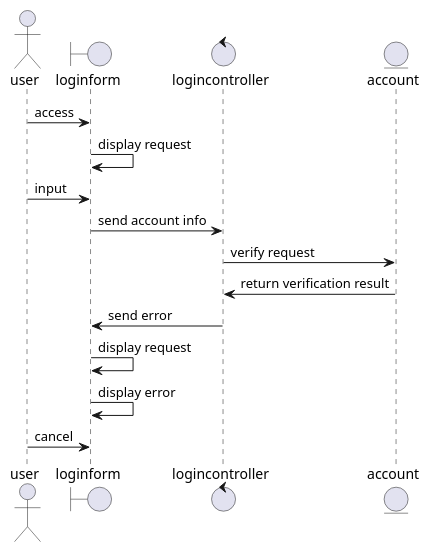
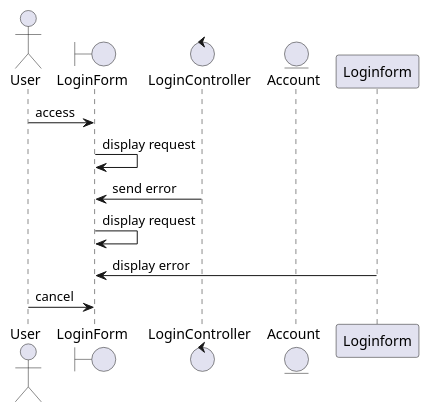
One commit to McSinyx/ipppi changed the eighth of 9 diagrams in source/solution/use-case-analysis.rst. Above: the diagram before and after it, drawn with PlantUML. The commit also changed other lines of this file, not shown here.

```diff
--- a/source/solution/use-case-analysis.rst
+++ b/source/solution/use-case-analysis.rst
@@ -221,17 +217,13 @@
 .. uml::
 
-   actor user
-   boundary loginform
-   control logincontroller
-   entity account
+   actor User
+   boundary LoginForm
+   control LoginController
+   entity Account
 
-   user -> loginform:access
-   loginform -> loginform: display request
-   user -> loginform: input
-   loginform -> logincontroller: send account info
-   logincontroller->account:verify request
-   account->logincontroller:return verification result
-   logincontroller->loginform:send error
-   loginform->loginform:display request
-   loginform->loginform:display error
-   user->loginform:cancel
+   User -> LoginForm:access
+   LoginForm -> LoginForm: display request
+   LoginController->LoginForm:send error
+   LoginForm->LoginForm:display request
+   Loginform->LoginForm:display error
+   User->LoginForm:cancel
```
